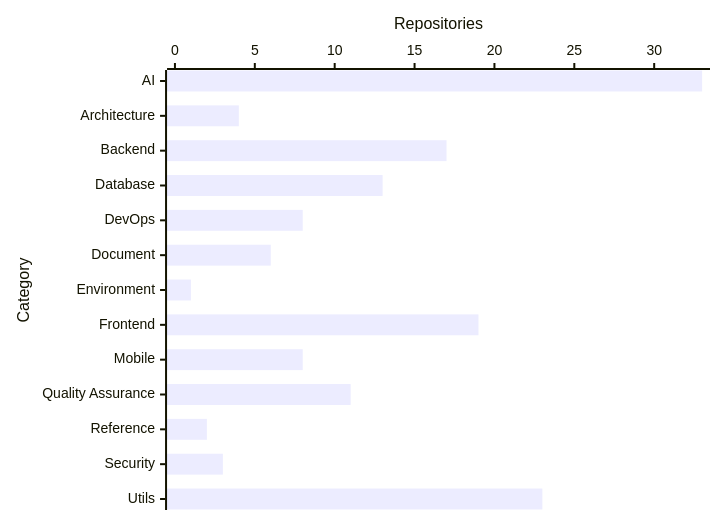
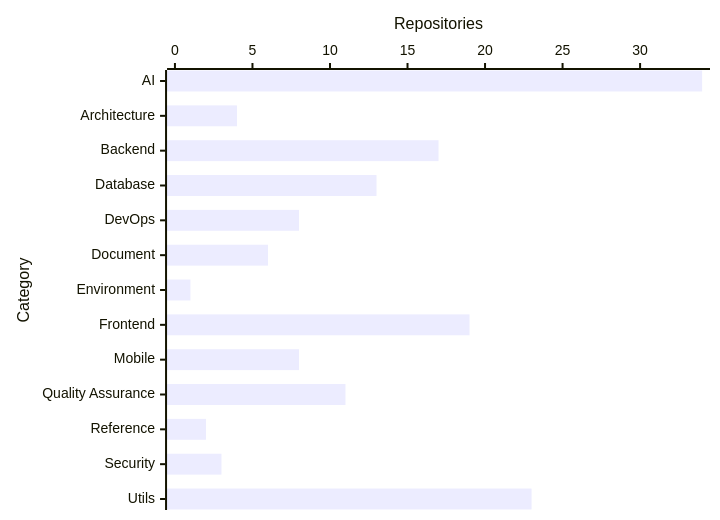
Before and after one commit to prawee/resource: the diagram in README.md, drawn with Mermaid. The commit also changed other lines of this file, not shown here.

````diff
--- a/README.md
+++ b/README.md
@@ -11,6 +11,6 @@
 ```mermaid
 xychart-beta horizontal
     x-axis "Category" ["AI", "Architecture", "Backend", "Database", "DevOps", "Document", "Environment", "Frontend", "Mobile", "Quality Assurance", "Reference", "Security", "Utils"]
-    y-axis "Repositories" 0 --> 33
-    bar [33, 4, 17, 13, 8, 6, 1, 19, 8, 11, 2, 3, 23]
+    y-axis "Repositories" 0 --> 34
+    bar [34, 4, 17, 13, 8, 6, 1, 19, 8, 11, 2, 3, 23]
 ```
````
